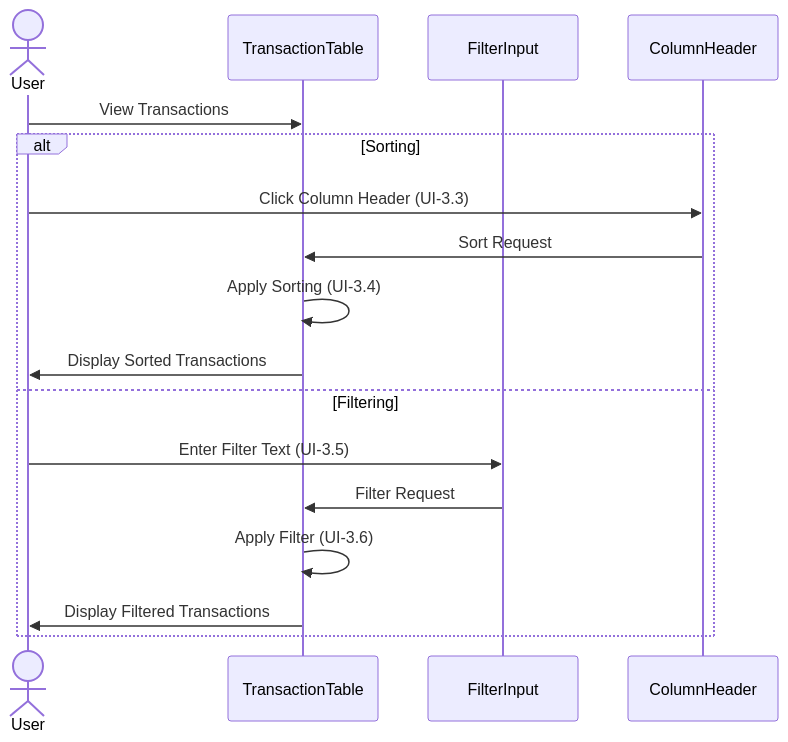
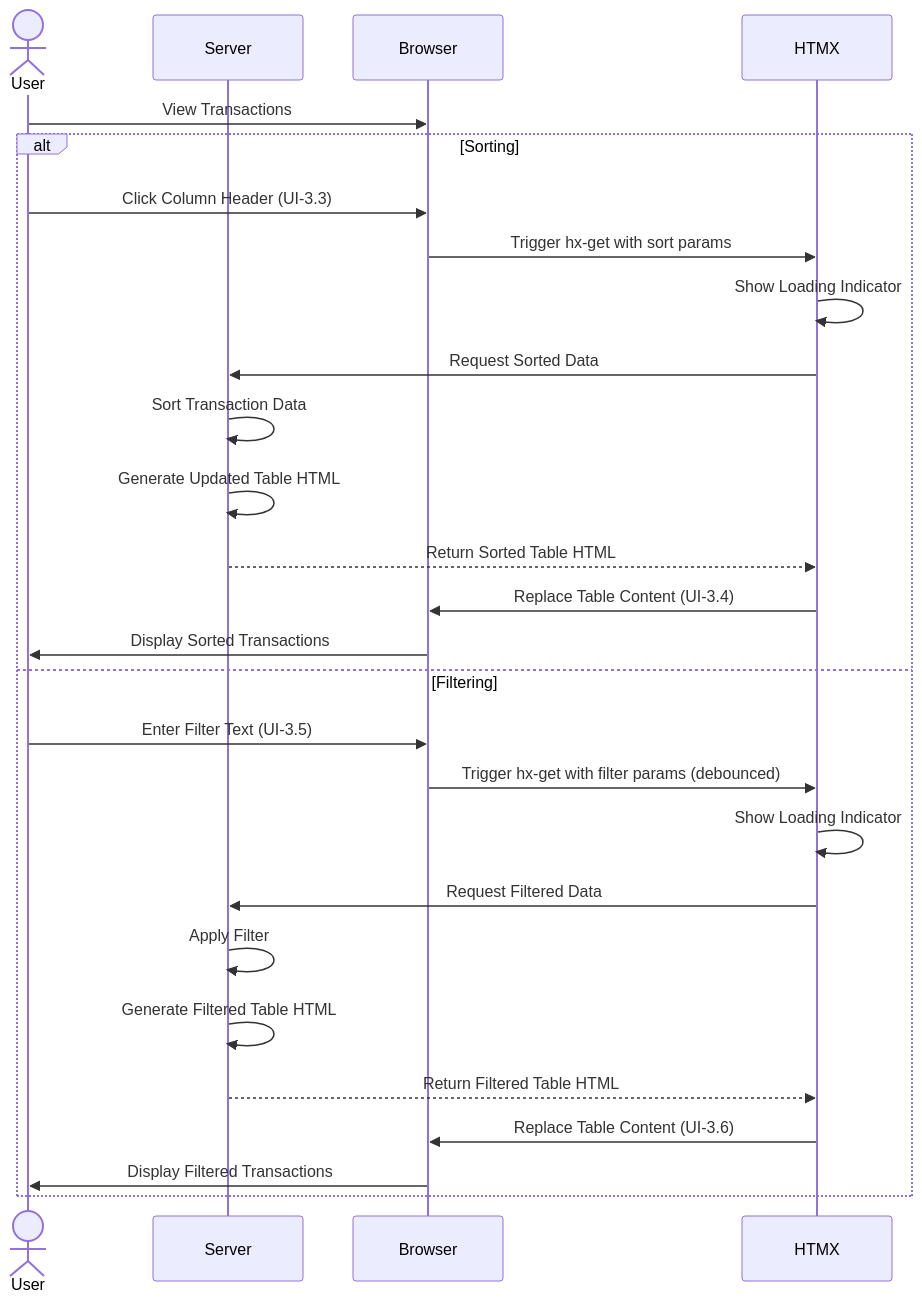
Before and after one commit to iterative-works/incubator: the fifth of 5 diagrams in bounded-contexts/budget/presentation/scenarios/UIScenarioMap.md, drawn with Mermaid. The commit also changed other lines of this file, not shown here.

Commit message:
refactor(BUDGET-001-7): Update UI scenario mapping for Scalatags+HTMX architecture

````diff
--- a/bounded-contexts/budget/presentation/scenarios/UIScenarioMap.md
+++ b/bounded-contexts/budget/presentation/scenarios/UIScenarioMap.md
@@ -420,21 +459,36 @@
 ```mermaid
 sequenceDiagram
     Actor User
-    participant TT as TransactionTable
-    participant FI as FilterInput
-    participant CH as ColumnHeader
+    participant Server
+    participant Browser
+    participant HTMX
 
-    User->>TT: View Transactions
+    User->>Browser: View Transactions
     
     alt Sorting
-        User->>CH: Click Column Header (UI-3.3)
-        CH->>TT: Sort Request
-        TT->>TT: Apply Sorting (UI-3.4)
-        TT->>User: Display Sorted Transactions
+        User->>Browser: Click Column Header (UI-3.3)
+        Browser->>HTMX: Trigger hx-get with sort params
+        HTMX->>HTMX: Show Loading Indicator
+        HTMX->>Server: Request Sorted Data
+        
+        Server->>Server: Sort Transaction Data
+        Server->>Server: Generate Updated Table HTML
+        Server-->>HTMX: Return Sorted Table HTML
+        
+        HTMX->>Browser: Replace Table Content (UI-3.4)
+        Browser->>User: Display Sorted Transactions
+        
     else Filtering
-        User->>FI: Enter Filter Text (UI-3.5)
-        FI->>TT: Filter Request
-        TT->>TT: Apply Filter (UI-3.6)
-        TT->>User: Display Filtered Transactions
+        User->>Browser: Enter Filter Text (UI-3.5)
+        Browser->>HTMX: Trigger hx-get with filter params (debounced)
+        HTMX->>HTMX: Show Loading Indicator
+        HTMX->>Server: Request Filtered Data
+        
+        Server->>Server: Apply Filter
+        Server->>Server: Generate Filtered Table HTML
+        Server-->>HTMX: Return Filtered Table HTML
+        
+        HTMX->>Browser: Replace Table Content (UI-3.6)
+        Browser->>User: Display Filtered Transactions
     end
 ```
````
